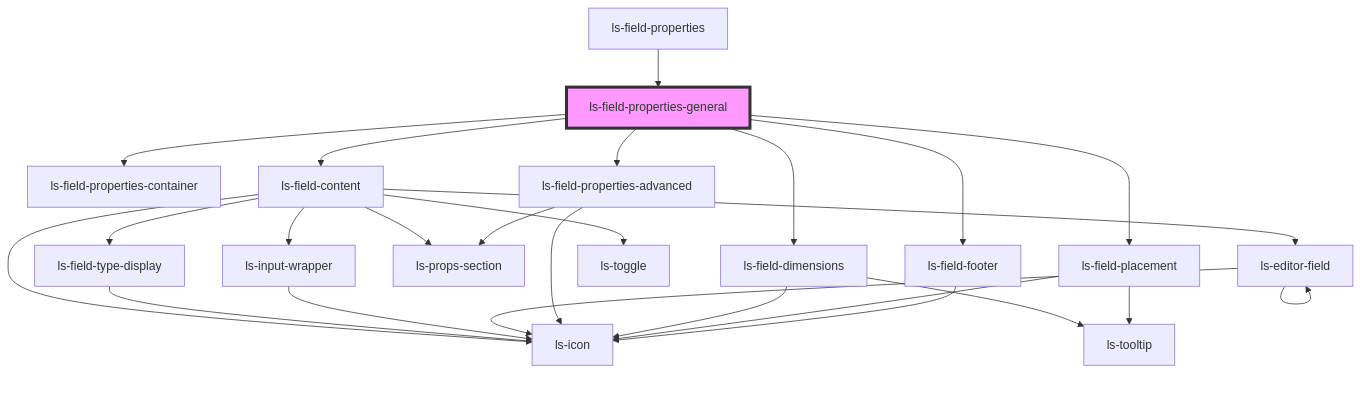
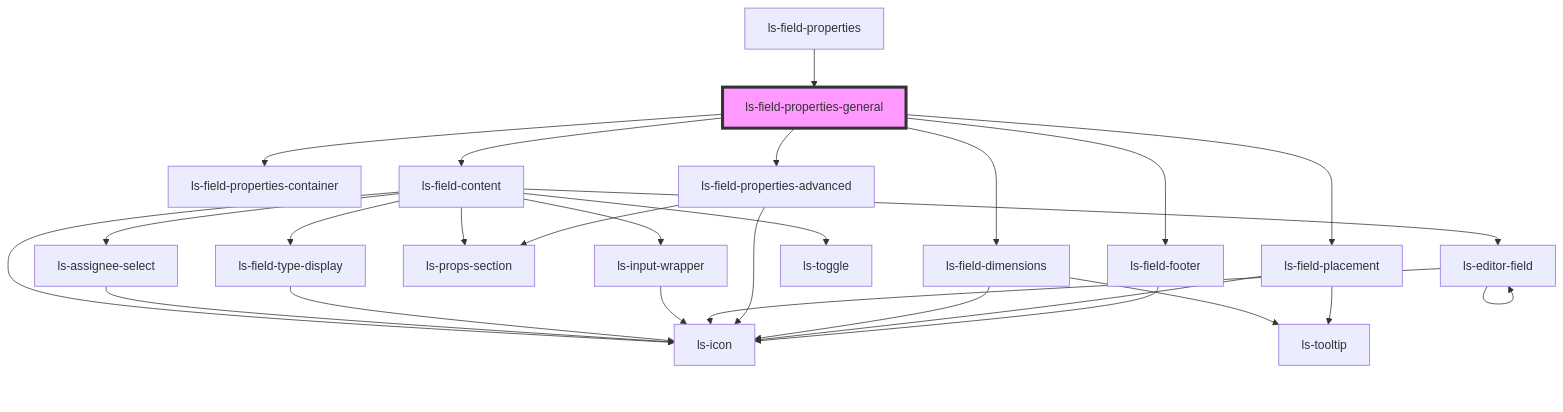
Before and after one commit to legalesign/ls-document-viewer: the diagram in src/components/ls-field-properties-general/readme.md, drawn with Mermaid. The commit also changed other lines of this file and 32 other files, not shown here.

````diff
--- a/src/components/ls-field-properties-general/readme.md
+++ b/src/components/ls-field-properties-general/readme.md
@@ -32,28 +33,30 @@
 ```mermaid
 graph TD;
   ls-field-properties-general --> ls-field-properties-container
   ls-field-properties-general --> ls-field-content
   ls-field-properties-general --> ls-field-properties-advanced
   ls-field-properties-general --> ls-field-dimensions
   ls-field-properties-general --> ls-field-placement
   ls-field-properties-general --> ls-field-footer
   ls-field-content --> ls-props-section
+  ls-field-content --> ls-assignee-select
   ls-field-content --> ls-field-type-display
   ls-field-content --> ls-toggle
   ls-field-content --> ls-icon
   ls-field-content --> ls-input-wrapper
   ls-field-content --> ls-editor-field
+  ls-assignee-select --> ls-icon
   ls-field-type-display --> ls-icon
   ls-input-wrapper --> ls-icon
   ls-editor-field --> ls-icon
   ls-editor-field --> ls-editor-field
   ls-field-properties-advanced --> ls-icon
   ls-field-properties-advanced --> ls-props-section
   ls-field-dimensions --> ls-icon
   ls-field-dimensions --> ls-tooltip
   ls-field-placement --> ls-icon
   ls-field-placement --> ls-tooltip
   ls-field-footer --> ls-icon
   ls-field-properties --> ls-field-properties-general
   style ls-field-properties-general fill:#f9f,stroke:#333,stroke-width:4px
 ```
````
